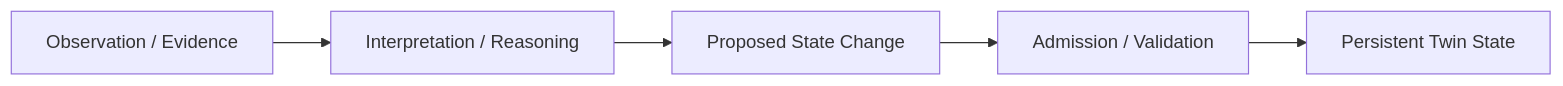
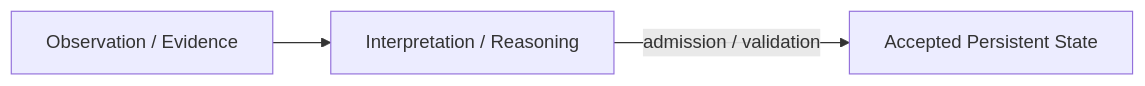
The first of 6 diagrams in content/architecture.md (thatao72/three-twin-docs), drawn with Mermaid before and after one commit. The commit also changed other lines of this file, not shown here.

Commit message:
Improve Section 8 traceability diagram readability

````diff
--- a/content/architecture.md
+++ b/content/architecture.md
@@ -91,14 +89,10 @@
 ```mermaid
 flowchart LR
 
     O["Observation / Evidence"]
     R["Interpretation / Reasoning"]
-    P["Proposed State Change"]
-    A["Admission / Validation"]
-    S["Persistent Twin State"]
+    P["Accepted Persistent State"]
 
     O --> R
-    R --> P
-    P --> A
-    A --> S
+    R -->|"admission / validation"| P
 ```
````
